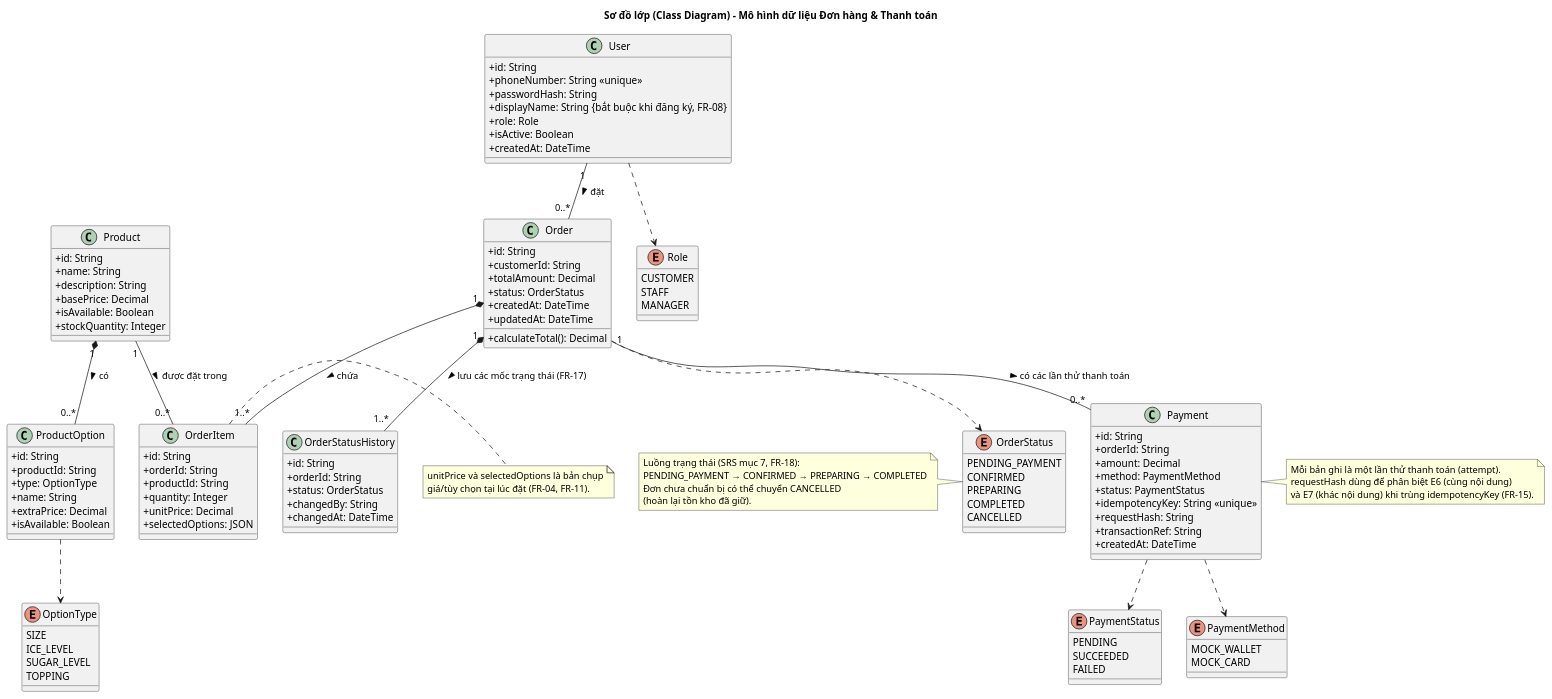
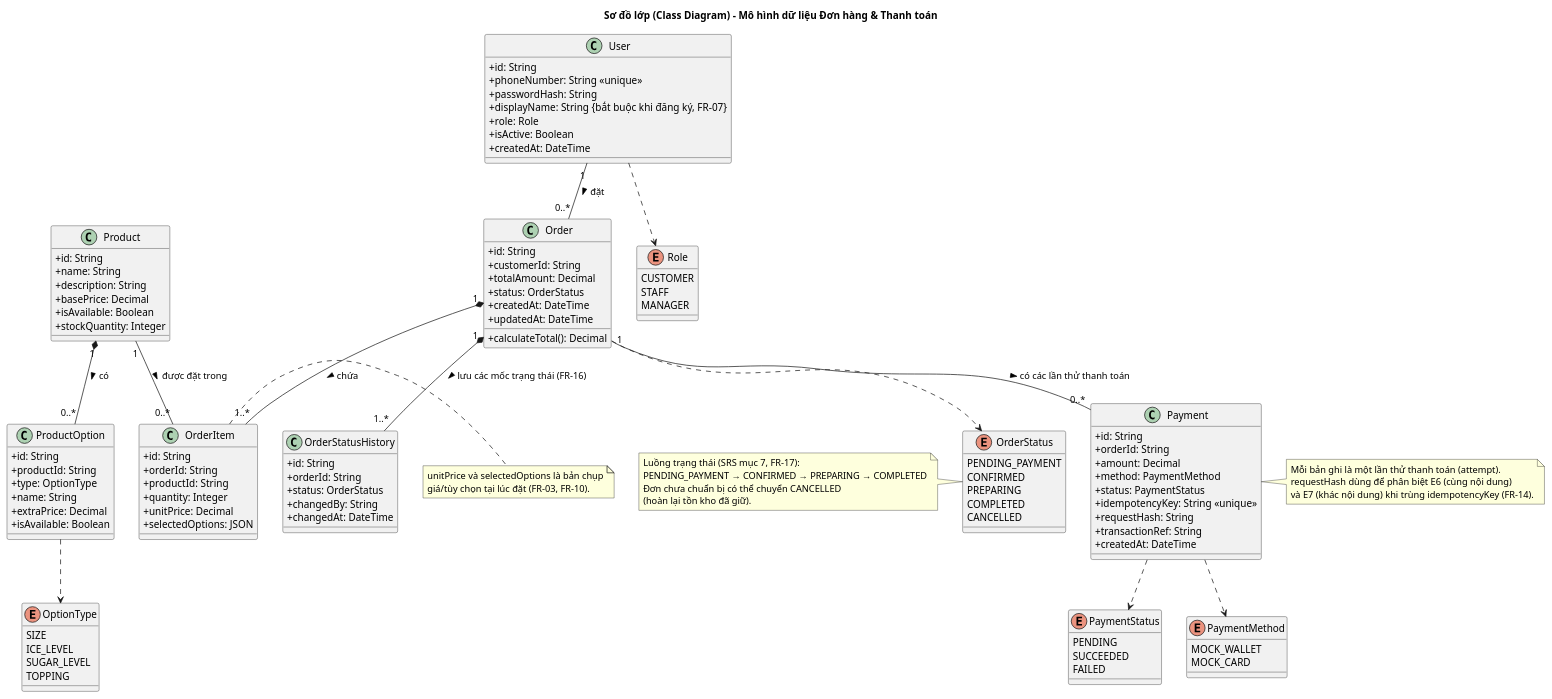
The diagram in docs/diagram/class-model.puml (nguyenmintam23-z/BrewLite), drawn with PlantUML before and after one commit. The commit also changed 2 other files, not shown here.

Commit message:
docs(task2): cap nhat ma FR trong so do theo SRS moi

```diff
--- a/docs/diagram/class-model.puml
+++ b/docs/diagram/class-model.puml
@@ -1,137 +1,137 @@
 @startuml Class_Diagram_Model
 skinparam classAttributeIconSize 0
 skinparam monochrome false
 
 title Sơ đồ lớp (Class Diagram) - Mô hình dữ liệu Đơn hàng & Thanh toán
 
 enum Role {
   CUSTOMER
   STAFF
   MANAGER
 }
 
 enum OrderStatus {
   PENDING_PAYMENT
   CONFIRMED
   PREPARING
   COMPLETED
   CANCELLED
 }
 
 enum PaymentStatus {
   PENDING
   SUCCEEDED
   FAILED
 }
 
 enum PaymentMethod {
   MOCK_WALLET
   MOCK_CARD
 }
 
 enum OptionType {
   SIZE
   ICE_LEVEL
   SUGAR_LEVEL
   TOPPING
 }
 
 class User {
   +id: String
   +phoneNumber: String <<unique>>
   +passwordHash: String
-  +displayName: String {bắt buộc khi đăng ký, FR-08}
+  +displayName: String {bắt buộc khi đăng ký, FR-07}
   +role: Role
   +isActive: Boolean
   +createdAt: DateTime
 }
 
 class Product {
   +id: String
   +name: String
   +description: String
   +basePrice: Decimal
   +isAvailable: Boolean
   +stockQuantity: Integer
 }
 
 class ProductOption {
   +id: String
   +productId: String
   +type: OptionType
   +name: String
   +extraPrice: Decimal
   +isAvailable: Boolean
 }
 
 class Order {
   +id: String
   +customerId: String
   +totalAmount: Decimal
   +status: OrderStatus
   +createdAt: DateTime
   +updatedAt: DateTime
   +calculateTotal(): Decimal
 }
 
 class OrderItem {
   +id: String
   +orderId: String
   +productId: String
   +quantity: Integer
   +unitPrice: Decimal
   +selectedOptions: JSON
 }
 
 class OrderStatusHistory {
   +id: String
   +orderId: String
   +status: OrderStatus
   +changedBy: String
   +changedAt: DateTime
 }
 
 class Payment {
   +id: String
   +orderId: String
   +amount: Decimal
   +method: PaymentMethod
   +status: PaymentStatus
   +idempotencyKey: String <<unique>>
   +requestHash: String
   +transactionRef: String
   +createdAt: DateTime
 }
 
 note right of OrderItem
   unitPrice và selectedOptions là bản chụp
-  giá/tùy chọn tại lúc đặt (FR-04, FR-11).
+  giá/tùy chọn tại lúc đặt (FR-03, FR-10).
 end note
 
 note left of OrderStatus
-  Luồng trạng thái (SRS mục 7, FR-18):
+  Luồng trạng thái (SRS mục 7, FR-17):
   PENDING_PAYMENT → CONFIRMED → PREPARING → COMPLETED
   Đơn chưa chuẩn bị có thể chuyển CANCELLED
   (hoàn lại tồn kho đã giữ).
 end note
 
 note right of Payment
   Mỗi bản ghi là một lần thử thanh toán (attempt).
   requestHash dùng để phân biệt E6 (cùng nội dung)
-  và E7 (khác nội dung) khi trùng idempotencyKey (FR-15).
+  và E7 (khác nội dung) khi trùng idempotencyKey (FR-14).
 end note
 
 ' Mối quan hệ giữa các thực thể
 User "1" -- "0..*" Order : đặt >
 Order "1" *-- "1..*" OrderItem : chứa >
 Product "1" -- "0..*" OrderItem : được đặt trong >
 Product "1" *-- "0..*" ProductOption : có >
 Order "1" -- "0..*" Payment : có các lần thử thanh toán >
-Order "1" *-- "1..*" OrderStatusHistory : lưu các mốc trạng thái (FR-17) >
+Order "1" *-- "1..*" OrderStatusHistory : lưu các mốc trạng thái (FR-16) >
 User ..> Role
 Order ..> OrderStatus
 Payment ..> PaymentStatus
 Payment ..> PaymentMethod
 ProductOption ..> OptionType
 
 @enduml
```
